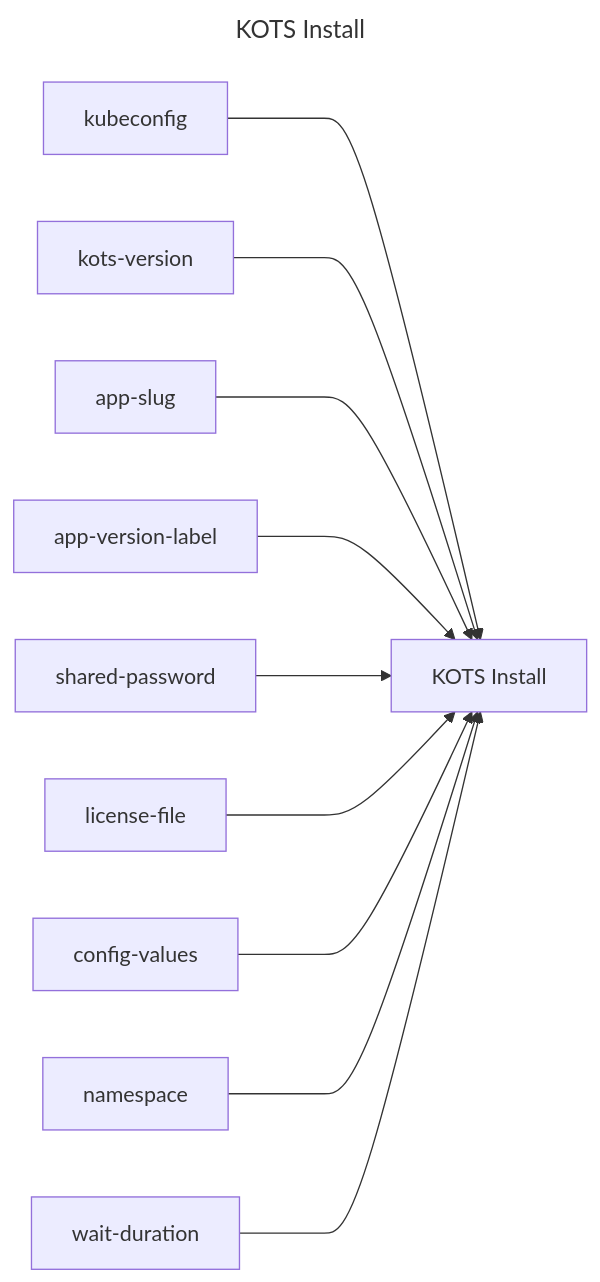
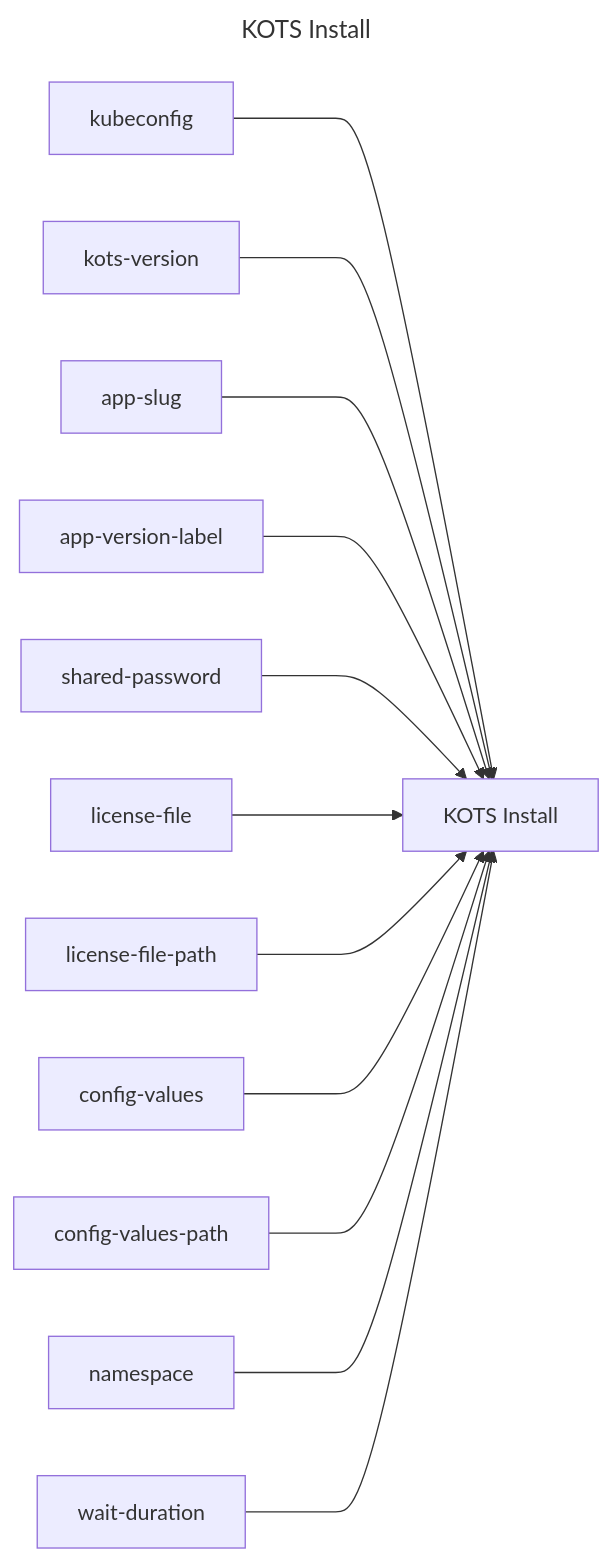
The diagram in kots-install/README.md (replicatedhq/replicated-actions), drawn with Mermaid before and after one commit. The commit also changed other lines of this file and 2 other files, not shown here.

````diff
--- a/kots-install/README.md
+++ b/kots-install/README.md
@@ -3,25 +3,29 @@
 ```mermaid
 ---
 title: KOTS Install
 ---
 graph LR
 kots_install["KOTS Install"]
 kubeconfig["kubeconfig"]
 kots_version["kots-version"]
 app_slug["app-slug"]
 app_version_label["app-version-label"]
 shared_password["shared-password"]
 license_file["license-file"]
+license_file_path["license-file-path"]
 config_values["config-values"]
+config_values_path["config-values-path"]
 namespace["namespace"]
 wait_duration["wait-duration"]
 kubeconfig ---> kots_install
 kots_version ---> kots_install
 app_slug ---> kots_install
 app_version_label ---> kots_install
 shared_password ---> kots_install
 license_file ---> kots_install
+license_file_path ---> kots_install
 config_values ---> kots_install
+config_values_path ---> kots_install
 namespace ---> kots_install
 wait_duration ---> kots_install
 ```
````
